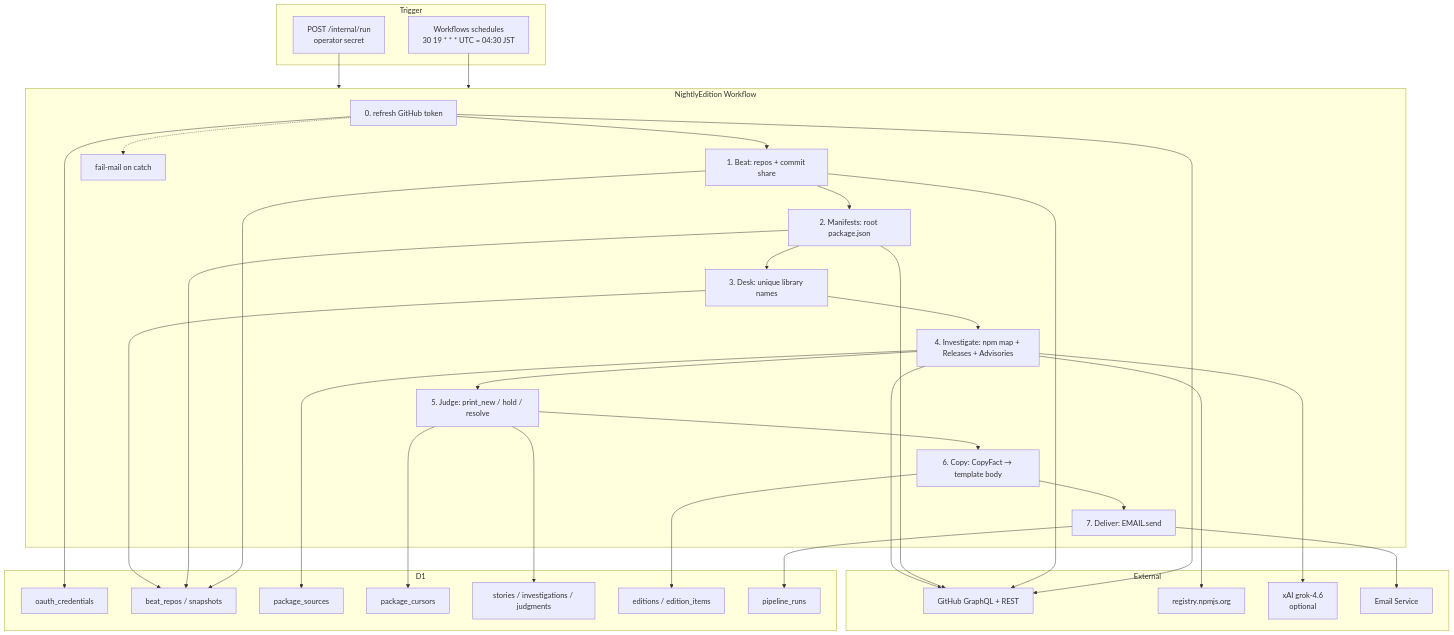
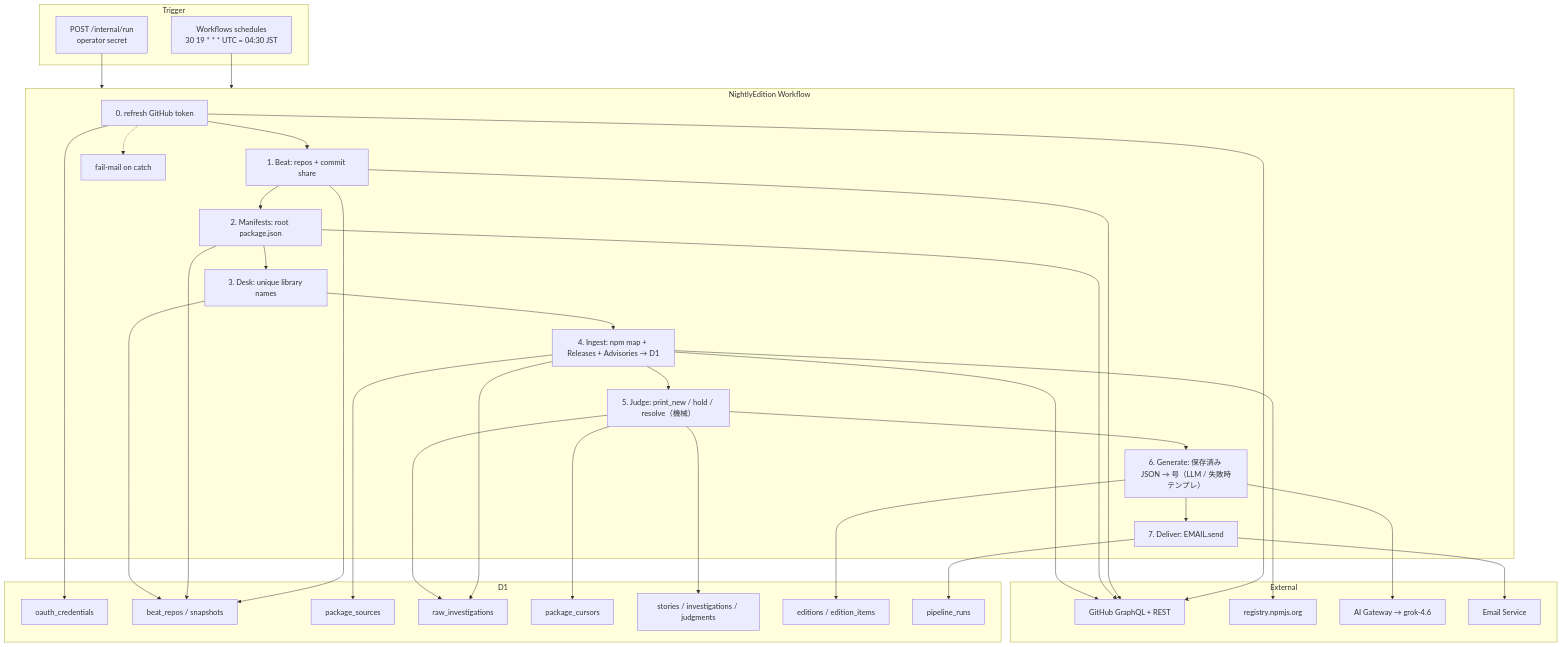
One commit to chobitapp/chobitnews changed the first of 3 diagrams in docs/本番ワークフロー.md. Above: the diagram before and after it, drawn with Mermaid. The commit also changed other lines of this file, not shown here.

First line of the commit message:
夜業を収集と生成の二段にし、LLM は AI Gateway 経由にする

````diff
--- a/docs/本番ワークフロー.md
+++ b/docs/本番ワークフロー.md
@@ -92,57 +92,60 @@
 ```mermaid
 flowchart TB
   subgraph trigger [Trigger]
     CRON["Workflows schedules\n30 19 * * * UTC = 04:30 JST"]
     MANUAL["POST /internal/run\noperator secret"]
   end
 
   subgraph wf [NightlyEdition Workflow]
     S0["0. refresh GitHub token"]
     S1["1. Beat: repos + commit share"]
     S2["2. Manifests: root package.json"]
     S3["3. Desk: unique library names"]
-    S4["4. Investigate: npm map + Releases + Advisories"]
-    S5["5. Judge: print_new / hold / resolve"]
-    S6["6. Copy: CopyFact → template body"]
+    S4["4. Ingest: npm map + Releases + Advisories → D1"]
+    S5["5. Judge: print_new / hold / resolve（機械）"]
+    S6["6. Generate: 保存済み JSON → 号（LLM / 失敗時テンプレ）"]
     S7["7. Deliver: EMAIL.send"]
     S8["fail-mail on catch"]
     S0 --> S1 --> S2 --> S3 --> S4 --> S5 --> S6 --> S7
     S0 -.-> S8
   end
 
   subgraph store [D1]
     TOKENS[oauth_credentials]
     BEAT[beat_repos / snapshots]
     SRC[package_sources]
+    RAW[raw_investigations]
     CUR[package_cursors]
     ST[stories / investigations / judgments]
     ED[editions / edition_items]
     RUN[pipeline_runs]
   end
 
   subgraph ext [External]
     GH[GitHub GraphQL + REST]
     NPM[registry.npmjs.org]
-    XAI["xAI grok-4.6\noptional"]
+    GW["AI Gateway → grok-4.6"]
     MAIL[Email Service]
   end
 
   CRON --> wf
   MANUAL --> wf
   S0 --> TOKENS
   S0 --> GH
   S1 --> GH
   S1 --> BEAT
   S2 --> GH
   S2 --> BEAT
   S3 --> BEAT
   S4 --> NPM
   S4 --> GH
   S4 --> SRC
-  S4 --> XAI
+  S4 --> RAW
   S5 --> CUR
   S5 --> ST
+  S5 --> RAW
+  S6 --> GW
   S6 --> ED
   S7 --> MAIL
   S7 --> RUN
 ```
````
